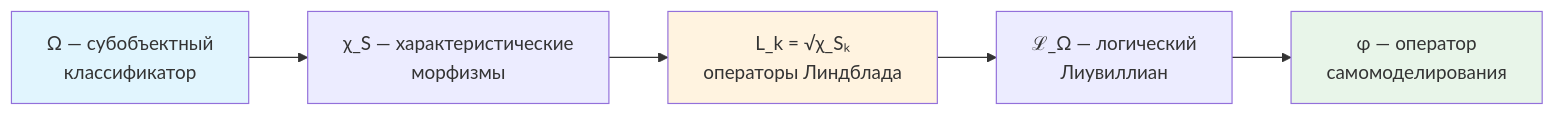
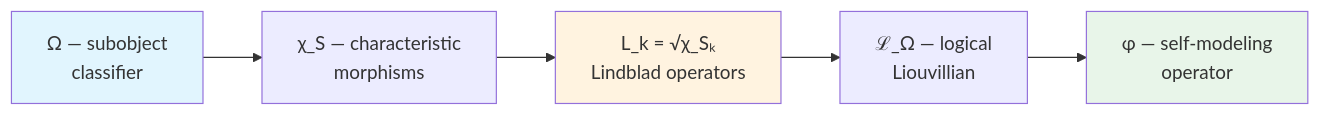
One commit to gst-st/uhm changed the diagram in website/docs/proofs/physics/physics-correspondence.md. Above: the diagram before and after it, drawn with Mermaid. The commit also changed other lines of this file and 59 other files, not shown here.

````diff
--- a/website/docs/proofs/physics/physics-correspondence.md
+++ b/website/docs/proofs/physics/physics-correspondence.md
@@ -111,11 +111,11 @@
 ```mermaid
 graph LR
-    O["Ω — субобъектный<br/>классификатор"] --> CHI["χ_S — характеристические<br/>морфизмы"]
-    CHI --> LK["L_k = √χ_Sₖ<br/>операторы Линдблада"]
-    LK --> LO["ℒ_Ω — логический<br/>Лиувиллиан"]
-    LO --> PHI["φ — оператор<br/>самомоделирования"]
+    O["Ω — subobject<br/>classifier"] --> CHI["χ_S — characteristic<br/>morphisms"]
+    CHI --> LK["L_k = √χ_Sₖ<br/>Lindblad operators"]
+    LK --> LO["ℒ_Ω — logical<br/>Liouvillian"]
+    LO --> PHI["φ — self-modeling<br/>operator"]
 
     style O fill:#e1f5fe
     style LK fill:#fff3e0
     style PHI fill:#e8f5e9
 ```
````
